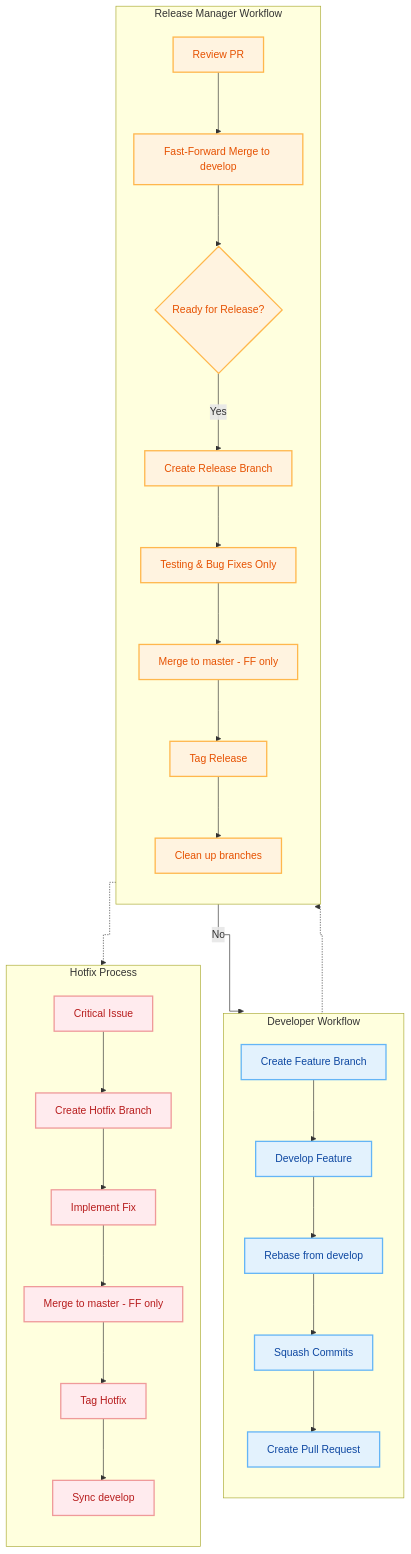
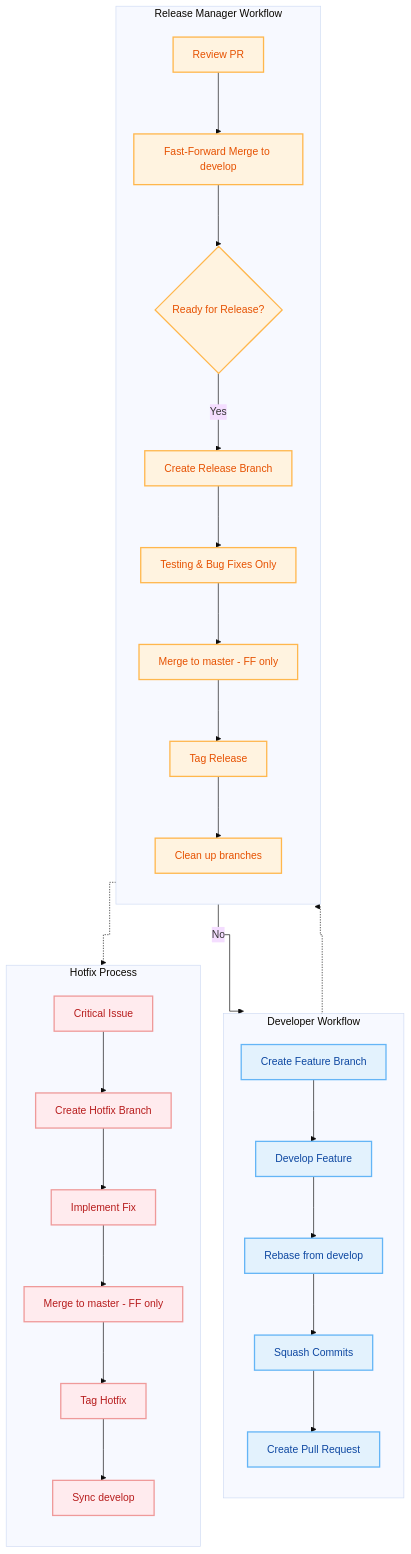
One commit to AnarManafov/GitWorkflow changed the third of 11 diagrams in README.md. Above: the diagram before and after it, drawn with Mermaid. The commit also changed other lines of this file, not shown here.

First line of the commit message:
docs: Update README with enhanced flowchart configurations

````diff
--- a/README.md
+++ b/README.md
@@ -303,53 +303,60 @@
 ```mermaid
-%%{init: {'flowchart': {'rankSpacing': 70, 'nodeSpacing': 35, 'curve': 'step'}}}%%
+---
+config:
+  theme: 'base'
+  flowchart:
+    rankSpacing: 70
+    nodeSpacing: 35
+    curve: 'step'
+---
 flowchart TB
     %% Arrange three vertical swimlanes for better readability
     subgraph DEV[Developer Workflow]
       direction TB
       DEV1[Create Feature Branch]
       DEV2[Develop Feature]
       DEV3[Rebase from develop]
       DEV4[Squash Commits]
       DEV5[Create Pull Request]
       DEV1 --> DEV2 --> DEV3 --> DEV4 --> DEV5
     end
 
     subgraph RM[Release Manager Workflow]
       direction TB
       RM1[Review PR]
       RM2[Fast-Forward Merge to develop]
       RM3{Ready for Release?}
       RM4[Create Release Branch]
       RM5[Testing & Bug Fixes Only]
       RM6[Merge to master - FF only]
       RM7[Tag Release]
       RM8[Clean up branches]
       RM1 --> RM2 --> RM3
       RM3 -- Yes --> RM4 --> RM5 --> RM6 --> RM7 --> RM8
       RM3 -- No --> DEV1
     end
 
     subgraph HF[Hotfix Process]
       direction TB
       HF1[Critical Issue]
       HF2[Create Hotfix Branch]
       HF3[Implement Fix]
       HF4[Merge to master - FF only]
       HF5[Tag Hotfix]
       HF6[Sync develop]
       HF1 --> HF2 --> HF3 --> HF4 --> HF5 --> HF6
     end
 
     %% Light guidance edges to show handoffs (non-blocking)
     DEV5 -.-> RM1
     RM7 -.-> HF1
 
     %% Styling
     class DEV1,DEV2,DEV3,DEV4,DEV5 dev;
     class RM1,RM2,RM3,RM4,RM5,RM6,RM7,RM8 rm;
     class HF1,HF2,HF3,HF4,HF5,HF6 hf;
 
     classDef dev fill:#e3f2fd,stroke:#64b5f6,stroke-width:2px,color:#0d47a1;
     classDef rm fill:#fff3e0,stroke:#ffb74d,stroke-width:2px,color:#e65100;
     classDef hf fill:#ffebee,stroke:#ef9a9a,stroke-width:2px,color:#b71c1c;
 ```
````
